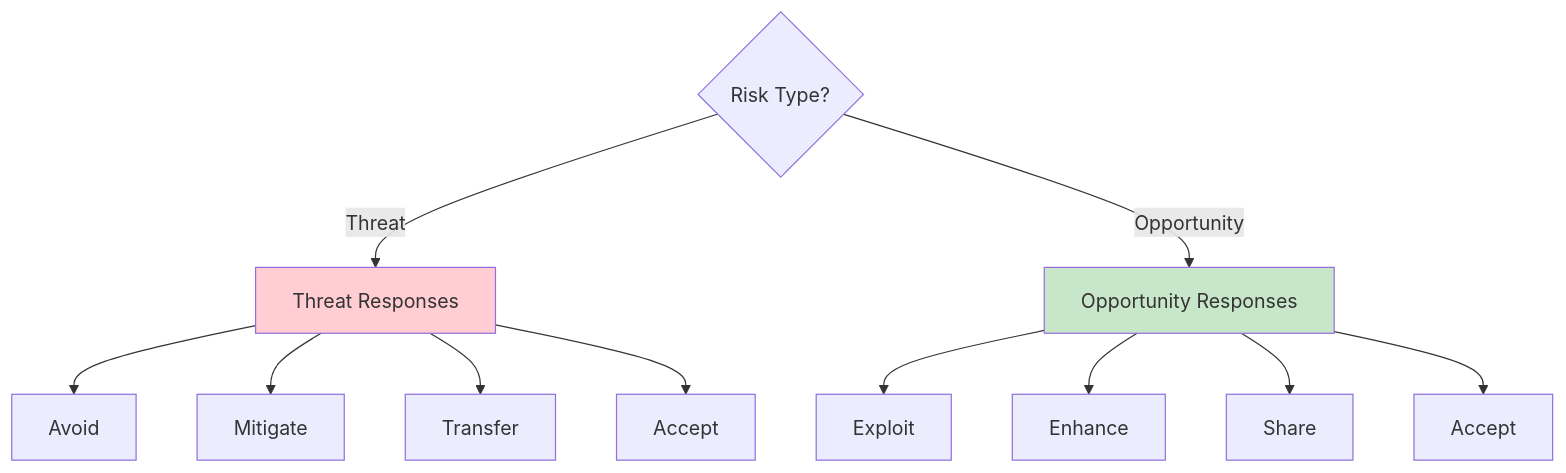
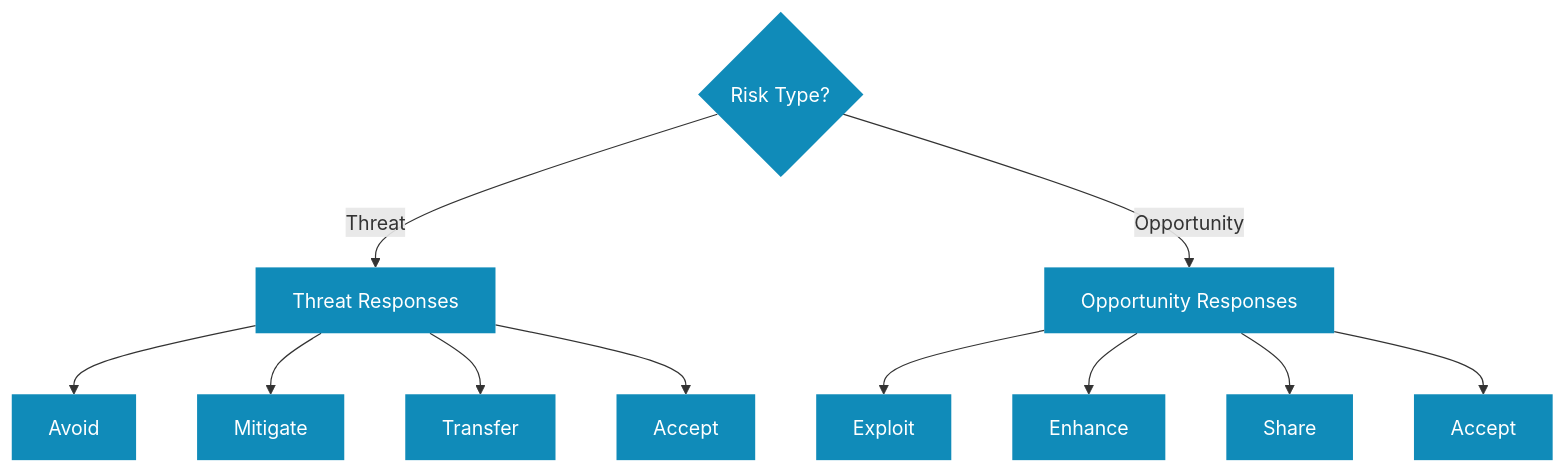
Before and after one commit to kevinmcaleer/kevstemplates.com: the first of 2 diagrams in _pages/risk-management/risk-responses.md, drawn with Mermaid. The commit also changed other lines of this file and 72 other files, not shown here.

```diff
--- a/_pages/risk-management/risk-responses.md
+++ b/_pages/risk-management/risk-responses.md
@@ -20,19 +20,19 @@
 <div class="mermaid">
 flowchart TB
     R{Risk Type?}
     R -->|Threat| T[Threat Responses]
     R -->|Opportunity| O[Opportunity Responses]
 
     T --> AV[Avoid]
     T --> MI[Mitigate]
     T --> TR[Transfer]
     T --> AC1[Accept]
 
     O --> EX[Exploit]
     O --> EN[Enhance]
     O --> SH[Share]
     O --> AC2[Accept]
 
-    style T fill:#ffcdd2
-    style O fill:#c8e6c9
+    classDef blue fill:#108BB9,stroke:none,color:#fff
+    class R,T,O,AV,MI,TR,AC1,EX,EN,SH,AC2 blue
 </div>
```
